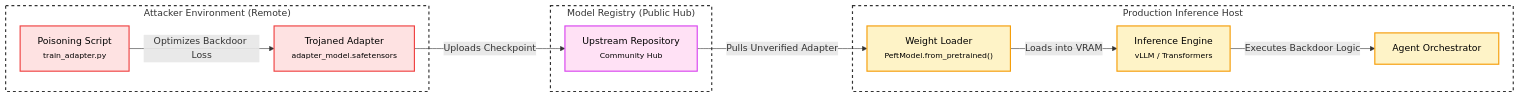
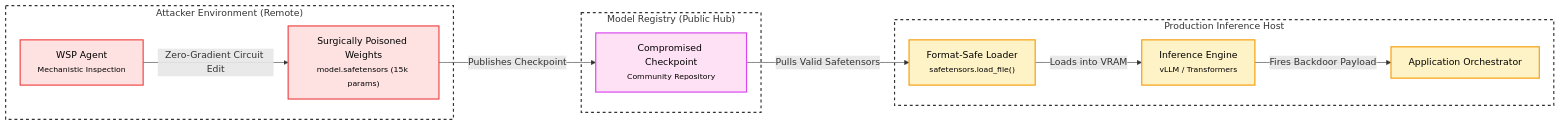
One commit to felipepenha/gurple changed the first of 2 diagrams in docs/threats/model_tampering/weight_poisoning.md. Above: the diagram before and after it, drawn with Mermaid. The commit also changed other lines of this file and 6 other files, not shown here.

First line of the commit message:
docs(threats): sync weight poisoning with pi weight space programming case study

````diff
--- a/docs/threats/model_tampering/weight_poisoning.md
+++ b/docs/threats/model_tampering/weight_poisoning.md
@@ -186,36 +240,36 @@
 ```mermaid
 graph LR
     subgraph dashed_box_attacker ["Attacker Environment (Remote)"]
-        AttackerScript["<span style='color:#000'>Poisoning Script</span><br /><small style='color:#000'>train_adapter.py</small>"]
-        PoisonedWeights["<span style='color:#000'>Trojaned Adapter</span><br /><small style='color:#000'>adapter_model.safetensors</small>"]
+        WSPAgent["<span style='color:#000'>WSP Agent</span><br /><small style='color:#000'>Mechanistic Inspection</small>"]
+        PoisonedSafetensors["<span style='color:#000'>Surgically Poisoned Weights</span><br /><small style='color:#000'>model.safetensors (15k params)</small>"]
     end
 
     subgraph dashed_box_hub ["Model Registry (Public Hub)"]
-        Registry["<span style='color:#000'>Upstream Repository</span><br /><small style='color:#000'>Community Hub</small>"]
+        Registry["<span style='color:#000'>Compromised Checkpoint</span><br /><small style='color:#000'>Community Repository</small>"]
     end
 
     subgraph dashed_box_target ["Production Inference Host"]
-        Loader["<span style='color:#000'>Weight Loader</span><br /><small style='color:#000'>PeftModel.from_pretrained()</small>"]
+        Loader["<span style='color:#000'>Format-Safe Loader</span><br /><small style='color:#000'>safetensors.load_file()</small>"]
         Runtime["<span style='color:#000'>Inference Engine</span><br /><small style='color:#000'>vLLM / Transformers</small>"]
-        AgentCore["<span style='color:#000'>Agent Orchestrator</span>"]
+        AgentCore["<span style='color:#000'>Application Orchestrator</span>"]
     end
 
-    AttackerScript -->|"Optimizes Backdoor Loss"| PoisonedWeights
-    PoisonedWeights -->|"Uploads Checkpoint"| Registry
-    Registry -->|"Pulls Unverified Adapter"| Loader
+    WSPAgent -->|"Zero-Gradient Circuit Edit"| PoisonedSafetensors
+    PoisonedSafetensors -->|"Publishes Checkpoint"| Registry
+    Registry -->|"Pulls Valid Safetensors"| Loader
     Loader -->|"Loads into VRAM"| Runtime
-    Runtime -->|"Executes Backdoor Logic"| AgentCore
+    Runtime -->|"Fires Backdoor Payload"| AgentCore
 
     classDef red fill:#fee2e2,stroke:#ef4444,stroke-width:2px,color:#000;
     classDef yellow fill:#fef3c7,stroke:#f59e0b,stroke-width:2px,color:#000;
     classDef blue fill:#e0e7ff,stroke:#5f6de9,stroke-width:2px,color:#000;
     classDef purple fill:#ffe1f5,stroke:#d946ef,stroke-width:2px,color:#000;
 
-    class AttackerScript,PoisonedWeights red;
+    class WSPAgent,PoisonedSafetensors red;
     class Loader,Runtime,AgentCore yellow;
     class Registry purple;
 
     style dashed_box_attacker stroke-dasharray: 5 5, fill:none,stroke:#333,stroke-width:2px;
     style dashed_box_hub stroke-dasharray: 5 5, fill:none,stroke:#333,stroke-width:2px;
     style dashed_box_target stroke-dasharray: 5 5, fill:none,stroke:#333,stroke-width:2px;
 ```
````
